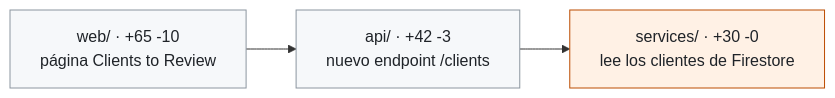
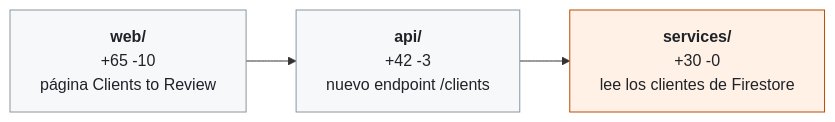
The second of 2 diagrams in tools/pr-reviewer/README.es.md (jggomez/expert-ai-developer-skills), drawn with Mermaid before and after one commit. The commit also changed 4 other files, not shown here.

````diff
--- a/tools/pr-reviewer/README.es.md
+++ b/tools/pr-reviewer/README.es.md
@@ -77,13 +77,13 @@
 ```mermaid
 flowchart LR
-  a1["api/ · +42 -3<br/>nuevo endpoint /clients"]
-  a2["services/ · +30 -0<br/>lee los clientes de Firestore"]
-  a3["web/ · +65 -10<br/>página Clients to Review"]
+  a1["<b>api/</b><br/>+42 -3<br/>nuevo endpoint /clients"]
+  a2["<b>services/</b><br/>+30 -0<br/>lee los clientes de Firestore"]
+  a3["<b>web/</b><br/>+65 -10<br/>página Clients to Review"]
   a3 --> a1
   a1 --> a2
   classDef high fill:#fff1e5,stroke:#bc4c00,color:#1f2328
   classDef clean fill:#f6f8fa,stroke:#8c959f,color:#1f2328
   class a1 clean
   class a2 high
   class a3 clean
 ```
````
